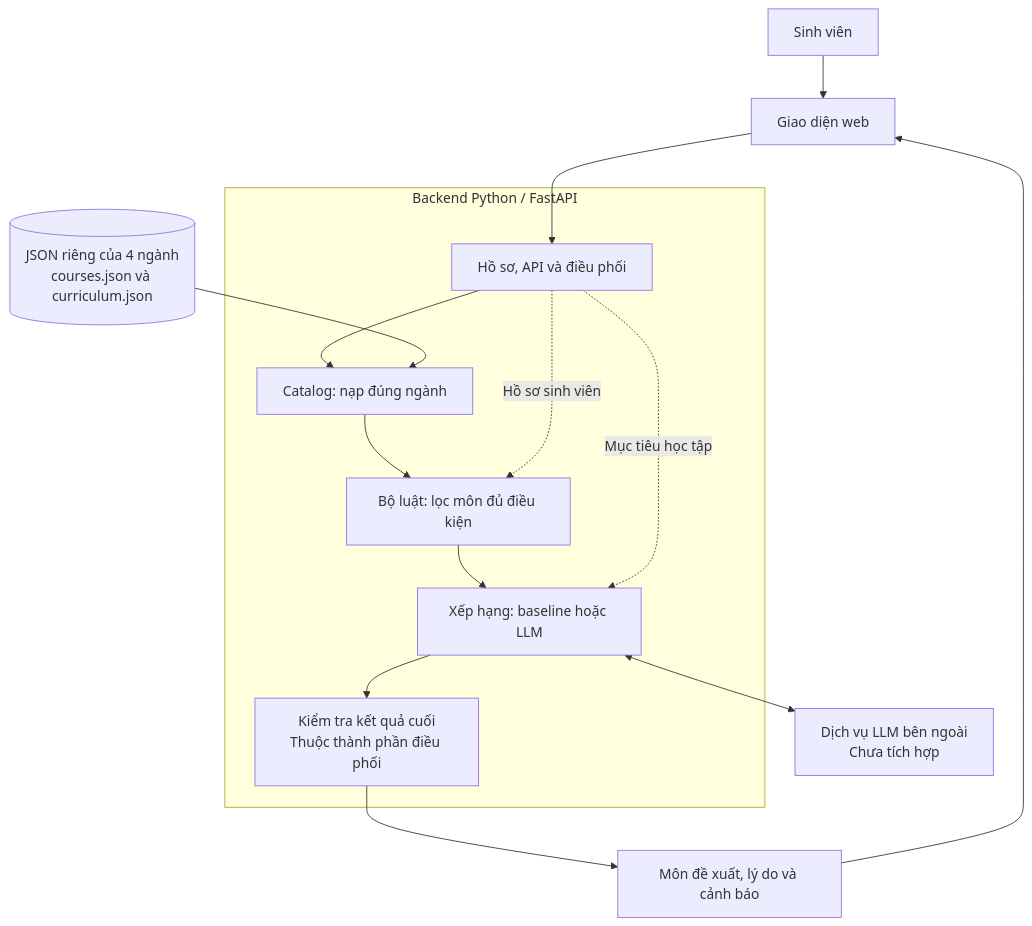
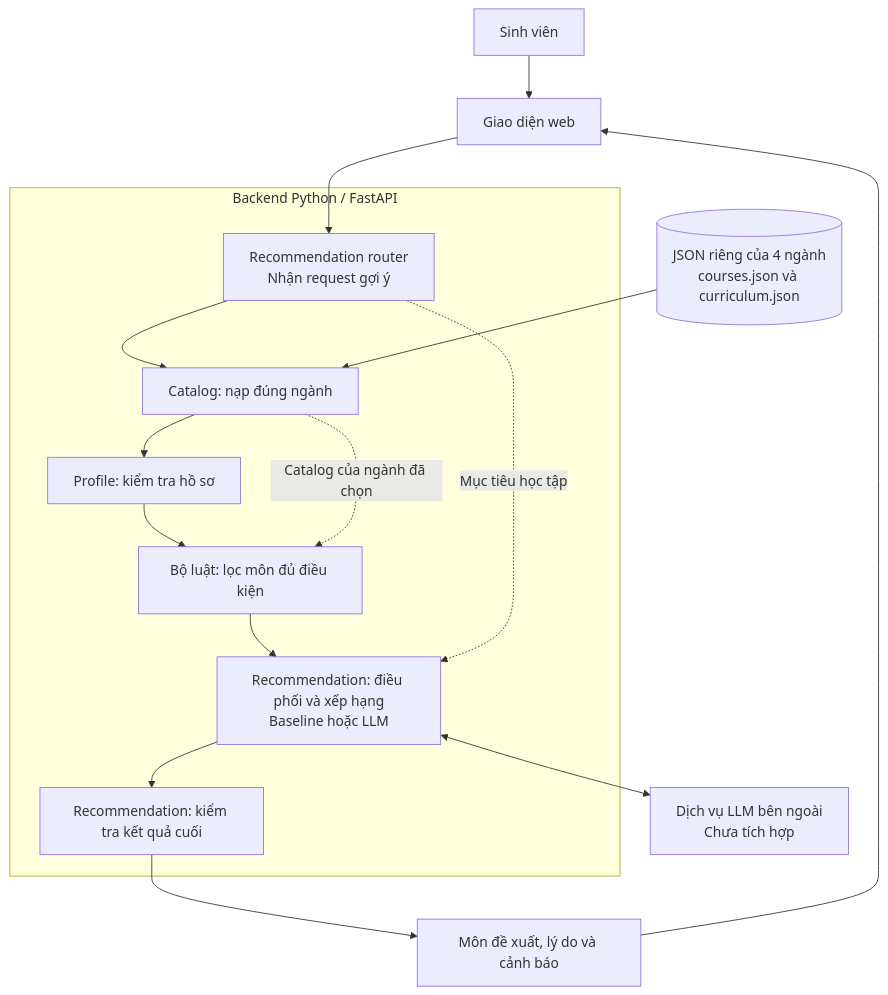
The diagram in docs/KIEN_TRUC_HE_THONG.md (5-Bit-System/SE_Project), drawn with Mermaid before and after one commit. The commit also changed other lines of this file and 10 other files, not shown here.

````diff
--- a/docs/KIEN_TRUC_HE_THONG.md
+++ b/docs/KIEN_TRUC_HE_THONG.md
@@ -7,27 +7,29 @@
 ```mermaid
 flowchart TD
     STUDENT["Sinh viên"]
     UI["Giao diện web"]
     subgraph BACKEND["Backend Python / FastAPI"]
-        API["Hồ sơ, API và điều phối"]
+        API["Recommendation router<br/>Nhận request gợi ý"]
+        PROFILE["Profile: kiểm tra hồ sơ"]
         CATALOG["Catalog: nạp đúng ngành"]
         RULES["Bộ luật: lọc môn đủ điều kiện"]
-        RANKING["Xếp hạng: baseline hoặc LLM"]
-        GUARD["Kiểm tra kết quả cuối<br/>Thuộc thành phần điều phối"]
+        RANKING["Recommendation: điều phối và xếp hạng<br/>Baseline hoặc LLM"]
+        GUARD["Recommendation: kiểm tra kết quả cuối"]
     end
     DATA[("JSON riêng của 4 ngành<br/>courses.json và curriculum.json")]
     LLM["Dịch vụ LLM bên ngoài<br/>Chưa tích hợp"]
     RESULT["Môn đề xuất, lý do và cảnh báo"]
     STUDENT --> UI
     UI --> API
     API --> CATALOG
     DATA --> CATALOG
-    CATALOG --> RULES
-    API -. "Hồ sơ sinh viên" .-> RULES
+    CATALOG --> PROFILE
+    PROFILE --> RULES
+    CATALOG -. "Catalog của ngành đã chọn" .-> RULES
     RULES --> RANKING
     API -. "Mục tiêu học tập" .-> RANKING
     RANKING <--> LLM
     RANKING --> GUARD
     GUARD --> RESULT
     RESULT --> UI
 ```
````
